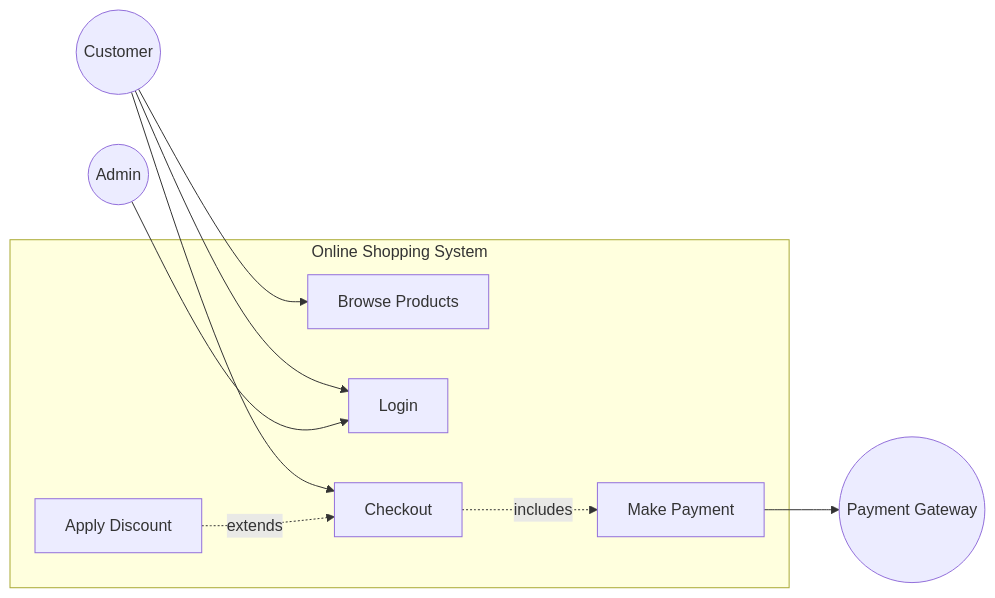
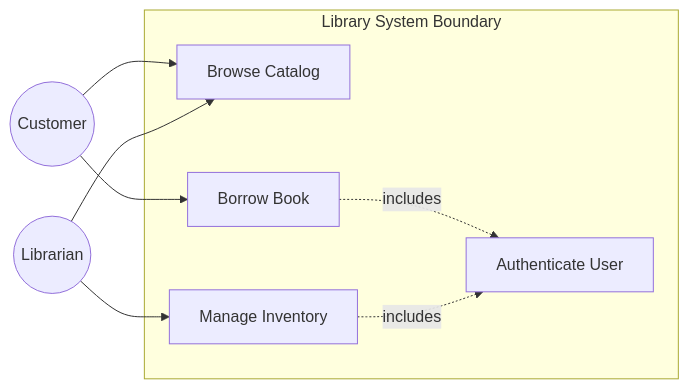
The diagram in src/pages/03-lld/uml/use-case-diagrams/index.mdx (akshay-k-r/Interview-Prep-Resource), drawn with Mermaid before and after one commit. The commit also changed other lines of this file and 179 other files, not shown here.

````diff
--- a/src/pages/03-lld/uml/use-case-diagrams/index.mdx
+++ b/src/pages/03-lld/uml/use-case-diagrams/index.mdx
@@ -49,30 +30,20 @@
 ```mermaid
 graph LR
-    subgraph "Online Shopping System"
-        Browse[Browse Products]
-        Login[Login]
-        Checkout[Checkout]
-        Pay[Make Payment]
-        Discount[Apply Discount]
+    subgraph Library System Boundary
+        Browse[Browse Catalog]
+        Borrow[Borrow Book]
+        Auth[Authenticate User]
+        Manage[Manage Inventory]
     end
 
     Customer((Customer))
-    Admin((Admin))
-    Gateway((Payment Gateway))
+    Librarian((Librarian))
 
-    %% Associations
     Customer --> Browse
-    Customer --> Login
-    Customer --> Checkout
-    
-    Admin --> Login
+    Customer --> Borrow
+    Librarian --> Manage
+    Librarian --> Browse
 
-    %% Includes (Checkout ALWAYS requires Payment)
-    Checkout -.->|includes| Pay
-    
-    %% Extends (Applying discount is OPTIONAL during Checkout)
-    Discount -.->|extends| Checkout
-    
-    %% External Actor
-    Pay --> Gateway
+    Borrow -.->|includes| Auth
+    Manage -.->|includes| Auth
 ```
````
